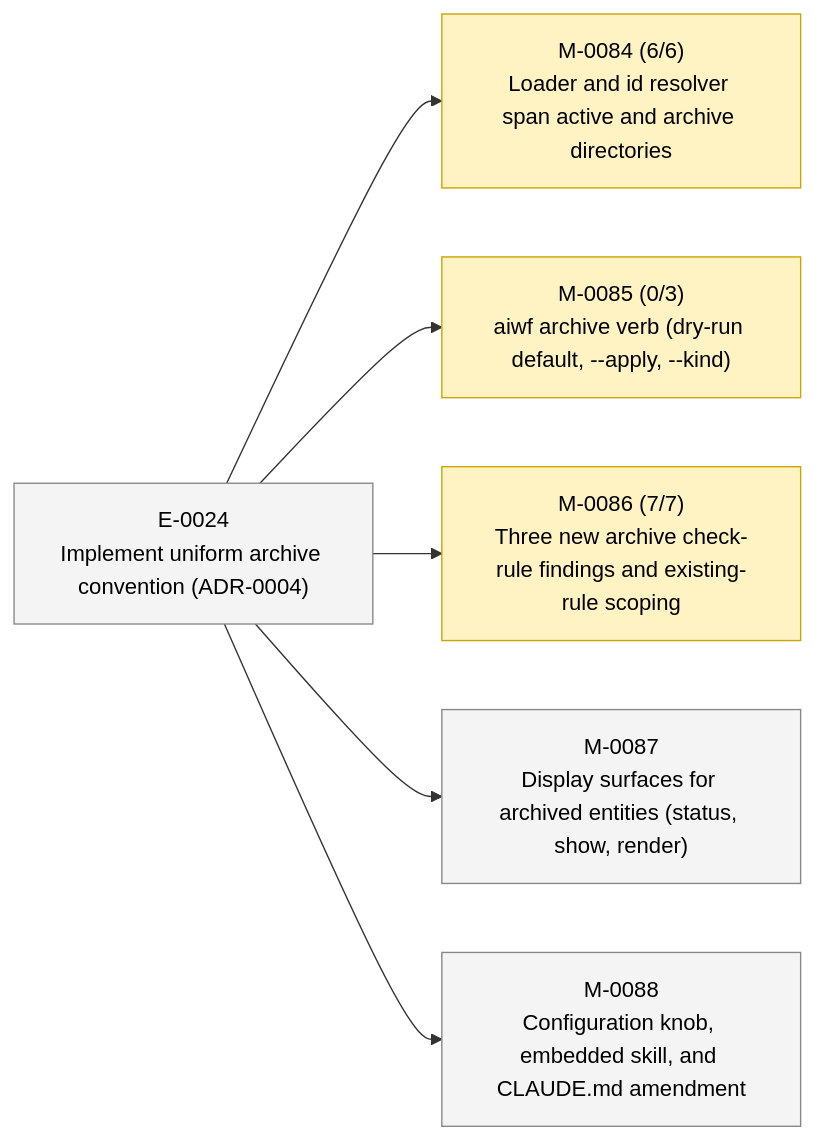
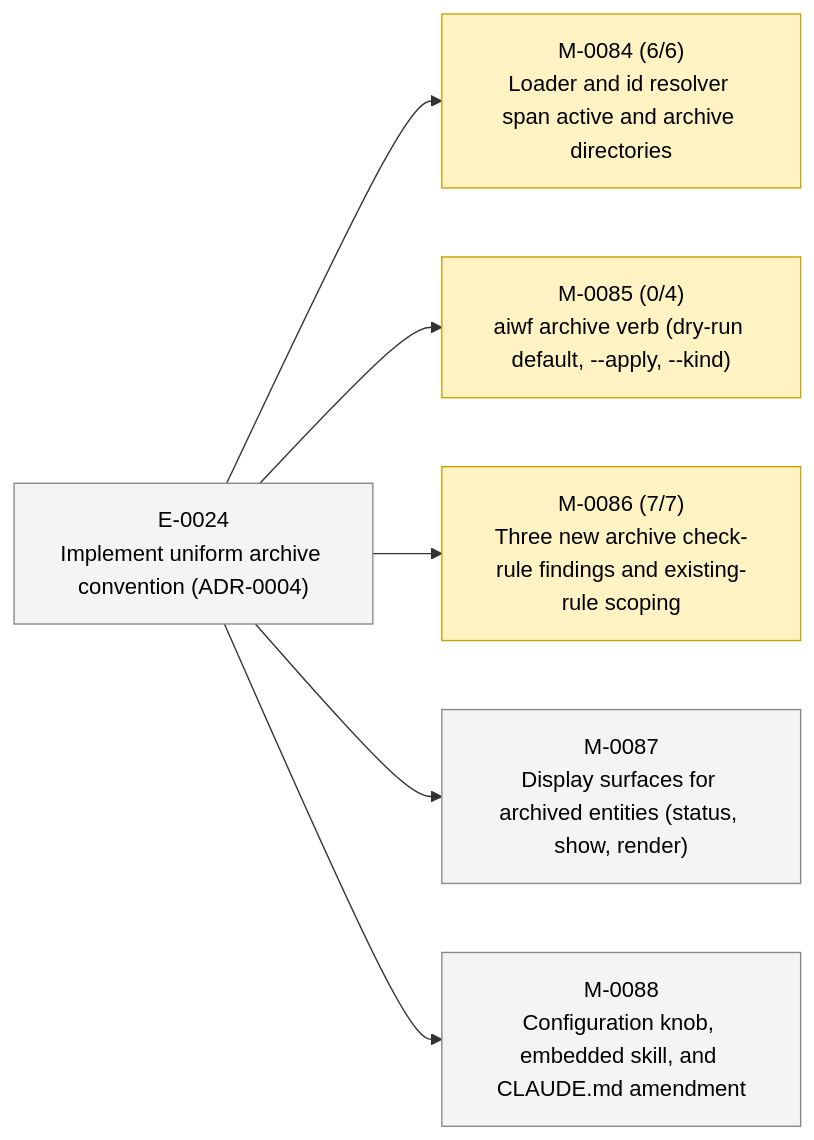
The second of 2 diagrams in STATUS.md (23min/aiwf), drawn with Mermaid before and after one commit. The commit also changed other lines of this file and 1 other file, not shown here.

First line of the commit message:
aiwf add ac M-0085/AC-4 "Re-running aiwf archive --apply on a clean tree is a no-op"

````diff
--- a/STATUS.md
+++ b/STATUS.md
@@ -49,20 +49,20 @@
 ```mermaid
 flowchart LR
   E_0024["E-0024<br/>Implement uniform archive convention (ADR-0004)"]:::epic_proposed
   M_0084["M-0084 (6/6)<br/>Loader and id resolver span active and archive directories"]:::ms_in_progress
   E_0024 --> M_0084
-  M_0085["M-0085 (0/3)<br/>aiwf archive verb (dry-run default, --apply, --kind)"]:::ms_in_progress
+  M_0085["M-0085 (0/4)<br/>aiwf archive verb (dry-run default, --apply, --kind)"]:::ms_in_progress
   E_0024 --> M_0085
   M_0086["M-0086 (7/7)<br/>Three new archive check-rule findings and existing-rule scoping"]:::ms_in_progress
   E_0024 --> M_0086
   M_0087["M-0087<br/>Display surfaces for archived entities (status, show, render)"]:::ms_draft
   E_0024 --> M_0087
   M_0088["M-0088<br/>Configuration knob, embedded skill, and CLAUDE.md amendment"]:::ms_draft
   E_0024 --> M_0088
   classDef epic_active fill:#d6eaff,stroke:#1a73e8,color:#000
   classDef epic_proposed fill:#f4f4f4,stroke:#888,color:#000
   classDef ms_done fill:#d8f5d8,stroke:#2a8a2a,color:#000
   classDef ms_in_progress fill:#fff3c4,stroke:#caa400,color:#000
   classDef ms_draft fill:#f4f4f4,stroke:#888,color:#000
   classDef ms_cancelled fill:#fbeaea,stroke:#c33,color:#000
 ```
````
